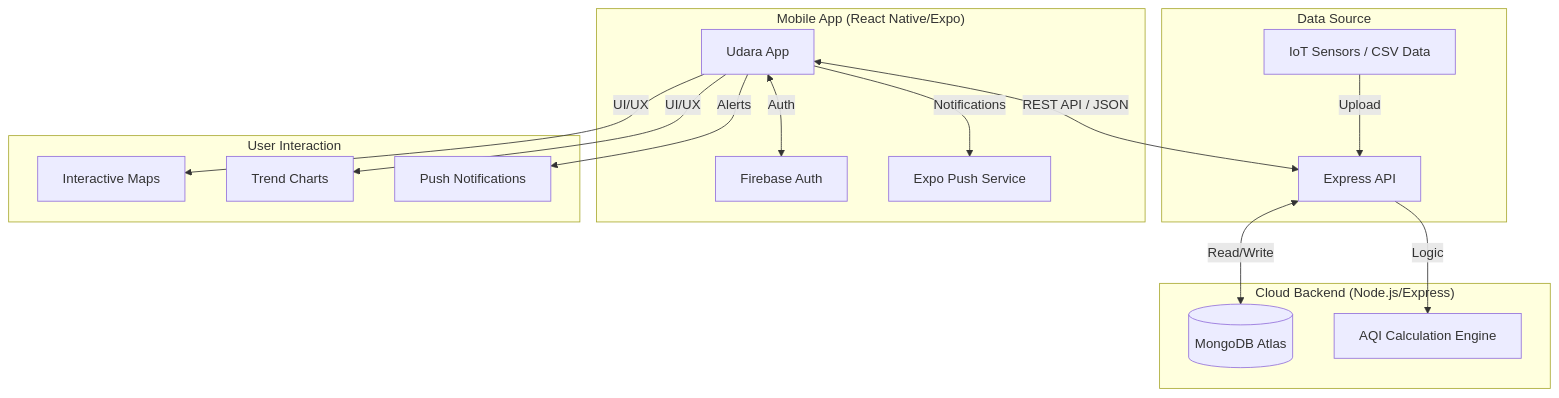
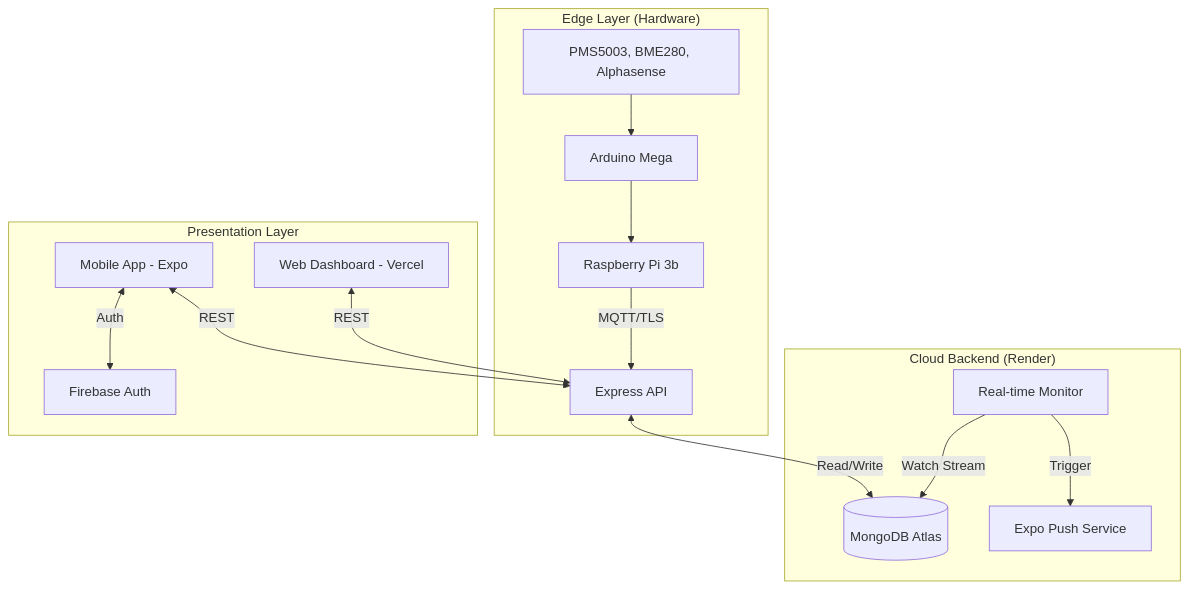
One commit to 4peng/Udara changed the diagram in README.md. Above: the diagram before and after it, drawn with Mermaid. The commit also changed other lines of this file and 46 other files, not shown here.

````diff
--- a/README.md
+++ b/README.md
@@ -18,23 +17,20 @@
 ```mermaid
 graph TD
-    subgraph "Data Source"
-        IoT[IoT Sensors / CSV Data] -->|Upload| BE
+    subgraph "Edge Layer (Hardware)"
+        Sensors[PMS5003, BME280, Alphasense] --> Arduino[Arduino Mega]
+        Arduino --> RPi[Raspberry Pi 3b]
+        RPi -->|MQTT/TLS| BE
     end
 
-    subgraph "Cloud Backend (Node.js/Express)"
+    subgraph "Cloud Backend (Render)"
         BE[Express API] <-->|Read/Write| DB[(MongoDB Atlas)]
-        BE -->|Logic| AQI[AQI Calculation Engine]
+        Monitor[Real-time Monitor] -->|Watch Stream| DB
+        Monitor -->|Trigger| ExpoPush[Expo Push Service]
     end
 
-    subgraph "Mobile App (React Native/Expo)"
-        APP[Udara App] <-->|REST API / JSON| BE
-        APP <-->|Auth| FB[Firebase Auth]
-        APP -->|Notifications| EN[Expo Push Service]
-    end
-
-    subgraph "User Interaction"
-        APP -->|UI/UX| Map[Interactive Maps]
-        APP -->|UI/UX| Charts[Trend Charts]
-        APP -->|Alerts| Push[Push Notifications]
+    subgraph "Presentation Layer"
+        App[Mobile App - Expo] <-->|Auth| FB[Firebase Auth]
+        App <-->|REST| BE
+        Web[Web Dashboard - Vercel] <-->|REST| BE
     end
 ```
````
